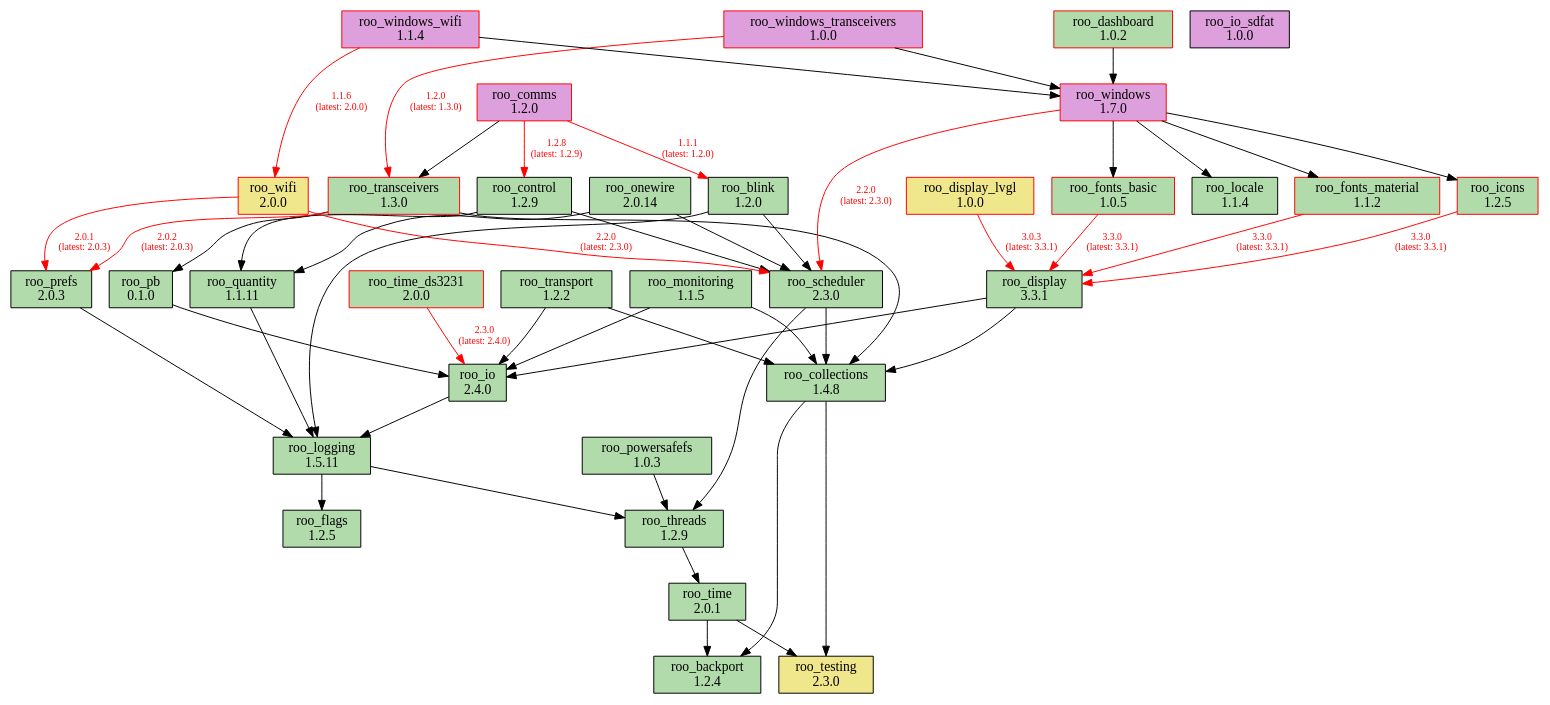
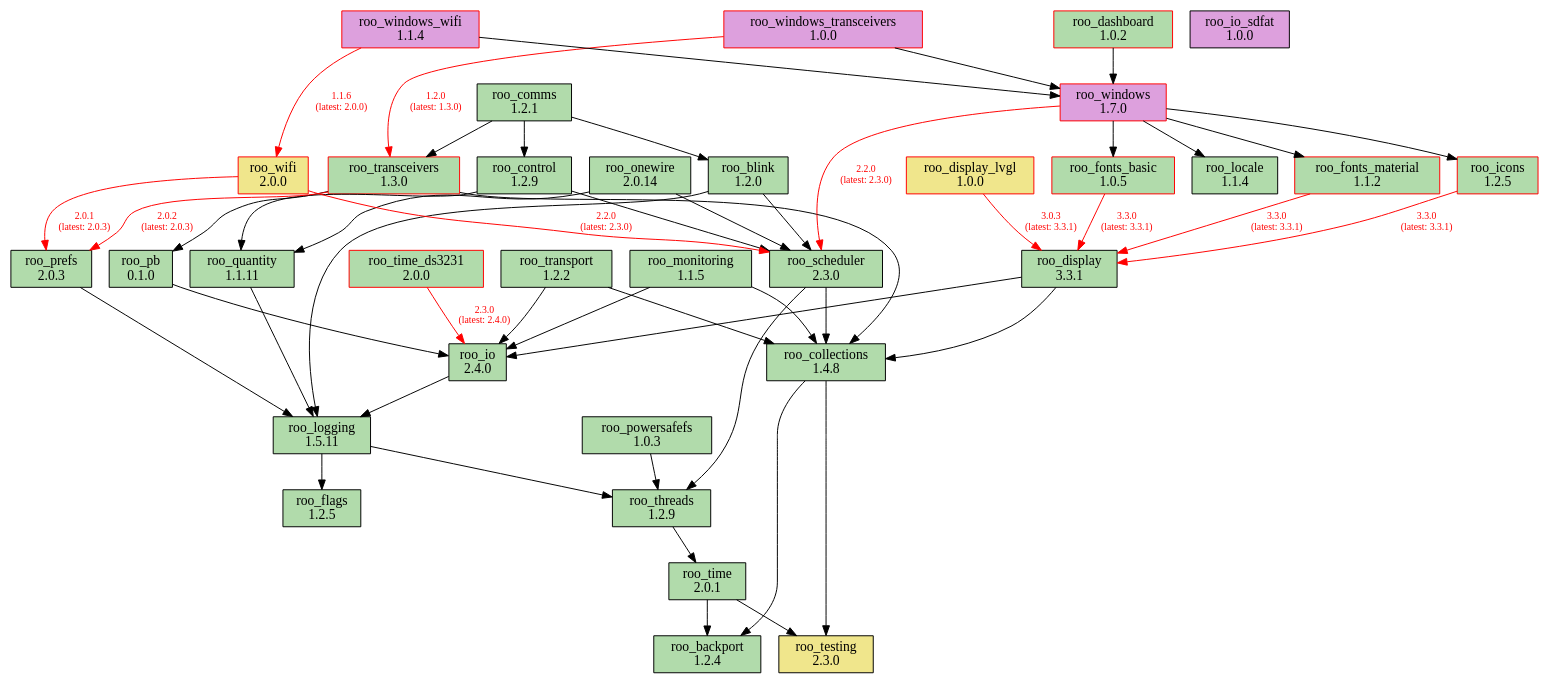
The diagram in doc/dependencies.dot (dejwk/roo-registry), drawn with Graphviz before and after one commit. The commit also changed 3 other files, not shown here.

Commit message:
Added roo_comms 1.2.1 to the registry.

```diff
--- a/doc/dependencies.dot
+++ b/doc/dependencies.dot
@@ -1,91 +1,91 @@
 digraph dependencies {
     rankdir=TB;
     node [shape=box, style=filled];
     edge [fontsize=10];
 
     // Modules
     "roo_backport" [label="roo_backport\n1.2.4", fillcolor="#b1dbab", color="black"];
     "roo_blink" [label="roo_blink\n1.2.0", fillcolor="#b1dbab", color="black"];
     "roo_collections" [label="roo_collections\n1.4.8", fillcolor="#b1dbab", color="black"];
-    "roo_comms" [label="roo_comms\n1.2.0", fillcolor="plum", color="red"];
+    "roo_comms" [label="roo_comms\n1.2.1", fillcolor="#b1dbab", color="black"];
     "roo_control" [label="roo_control\n1.2.9", fillcolor="#b1dbab", color="black"];
     "roo_dashboard" [label="roo_dashboard\n1.0.2", fillcolor="#b1dbab", color="red"];
     "roo_display" [label="roo_display\n3.3.1", fillcolor="#b1dbab", color="black"];
     "roo_display_lvgl" [label="roo_display_lvgl\n1.0.0", fillcolor="khaki", color="red"];
     "roo_flags" [label="roo_flags\n1.2.5", fillcolor="#b1dbab", color="black"];
     "roo_fonts_basic" [label="roo_fonts_basic\n1.0.5", fillcolor="#b1dbab", color="red"];
     "roo_fonts_material" [label="roo_fonts_material\n1.1.2", fillcolor="#b1dbab", color="red"];
     "roo_icons" [label="roo_icons\n1.2.5", fillcolor="#b1dbab", color="red"];
     "roo_io" [label="roo_io\n2.4.0", fillcolor="#b1dbab", color="black"];
     "roo_io_sdfat" [label="roo_io_sdfat\n1.0.0", fillcolor="plum", color="black"];
     "roo_locale" [label="roo_locale\n1.1.4", fillcolor="#b1dbab", color="black"];
     "roo_logging" [label="roo_logging\n1.5.11", fillcolor="#b1dbab", color="black"];
     "roo_monitoring" [label="roo_monitoring\n1.1.5", fillcolor="#b1dbab", color="black"];
     "roo_onewire" [label="roo_onewire\n2.0.14", fillcolor="#b1dbab", color="black"];
     "roo_pb" [label="roo_pb\n0.1.0", fillcolor="#b1dbab", color="black"];
     "roo_powersafefs" [label="roo_powersafefs\n1.0.3", fillcolor="#b1dbab", color="black"];
     "roo_prefs" [label="roo_prefs\n2.0.3", fillcolor="#b1dbab", color="black"];
     "roo_quantity" [label="roo_quantity\n1.1.11", fillcolor="#b1dbab", color="black"];
     "roo_scheduler" [label="roo_scheduler\n2.3.0", fillcolor="#b1dbab", color="black"];
     "roo_testing" [label="roo_testing\n2.3.0", fillcolor="khaki", color="black"];
     "roo_threads" [label="roo_threads\n1.2.9", fillcolor="#b1dbab", color="black"];
     "roo_time" [label="roo_time\n2.0.1", fillcolor="#b1dbab", color="black"];
     "roo_time_ds3231" [label="roo_time_ds3231\n2.0.0", fillcolor="#b1dbab", color="red"];
     "roo_transceivers" [label="roo_transceivers\n1.3.0", fillcolor="#b1dbab", color="red"];
     "roo_transport" [label="roo_transport\n1.2.2", fillcolor="#b1dbab", color="black"];
     "roo_wifi" [label="roo_wifi\n2.0.0", fillcolor="khaki", color="red"];
     "roo_windows" [label="roo_windows\n1.7.0", fillcolor="plum", color="red"];
     "roo_windows_transceivers" [label="roo_windows_transceivers\n1.0.0", fillcolor="plum", color="red"];
     "roo_windows_wifi" [label="roo_windows_wifi\n1.1.4", fillcolor="plum", color="red"];
 
     // Dependencies
     "roo_blink" -> "roo_logging";
     "roo_blink" -> "roo_scheduler";
     "roo_collections" -> "roo_testing";
     "roo_collections" -> "roo_backport";
-    "roo_comms" -> "roo_blink" [color=red, fontcolor=red, label="1.1.1\n(latest: 1.2.0)"];
-    "roo_comms" -> "roo_control" [color=red, fontcolor=red, label="1.2.8\n(latest: 1.2.9)"];
+    "roo_comms" -> "roo_blink";
+    "roo_comms" -> "roo_control";
     "roo_comms" -> "roo_transceivers";
     "roo_control" -> "roo_quantity";
     "roo_control" -> "roo_scheduler";
     "roo_dashboard" -> "roo_windows";
     "roo_display" -> "roo_collections";
     "roo_display" -> "roo_io";
     "roo_display_lvgl" -> "roo_display" [color=red, fontcolor=red, label="3.0.3\n(latest: 3.3.1)"];
     "roo_fonts_basic" -> "roo_display" [color=red, fontcolor=red, label="3.3.0\n(latest: 3.3.1)"];
     "roo_fonts_material" -> "roo_display" [color=red, fontcolor=red, label="3.3.0\n(latest: 3.3.1)"];
     "roo_icons" -> "roo_display" [color=red, fontcolor=red, label="3.3.0\n(latest: 3.3.1)"];
     "roo_io" -> "roo_logging";
     "roo_logging" -> "roo_flags";
     "roo_logging" -> "roo_threads";
     "roo_monitoring" -> "roo_collections";
     "roo_monitoring" -> "roo_io";
     "roo_onewire" -> "roo_scheduler";
     "roo_onewire" -> "roo_quantity";
     "roo_pb" -> "roo_io";
     "roo_powersafefs" -> "roo_threads";
     "roo_prefs" -> "roo_logging";
     "roo_quantity" -> "roo_logging";
     "roo_scheduler" -> "roo_collections";
     "roo_scheduler" -> "roo_threads";
     "roo_threads" -> "roo_time";
     "roo_time" -> "roo_testing";
     "roo_time" -> "roo_backport";
     "roo_time_ds3231" -> "roo_io" [color=red, fontcolor=red, label="2.3.0\n(latest: 2.4.0)"];
     "roo_transceivers" -> "roo_pb";
     "roo_transceivers" -> "roo_collections";
     "roo_transceivers" -> "roo_prefs" [color=red, fontcolor=red, label="2.0.2\n(latest: 2.0.3)"];
     "roo_transport" -> "roo_collections";
     "roo_transport" -> "roo_io";
     "roo_wifi" -> "roo_prefs" [color=red, fontcolor=red, label="2.0.1\n(latest: 2.0.3)"];
     "roo_wifi" -> "roo_scheduler" [color=red, fontcolor=red, label="2.2.0\n(latest: 2.3.0)"];
     "roo_windows" -> "roo_fonts_basic";
     "roo_windows" -> "roo_fonts_material";
     "roo_windows" -> "roo_locale";
     "roo_windows" -> "roo_icons";
     "roo_windows" -> "roo_scheduler" [color=red, fontcolor=red, label="2.2.0\n(latest: 2.3.0)"];
     "roo_windows_transceivers" -> "roo_transceivers" [color=red, fontcolor=red, label="1.2.0\n(latest: 1.3.0)"];
     "roo_windows_transceivers" -> "roo_windows";
     "roo_windows_wifi" -> "roo_wifi" [color=red, fontcolor=red, label="1.1.6\n(latest: 2.0.0)"];
     "roo_windows_wifi" -> "roo_windows";
 }
```
